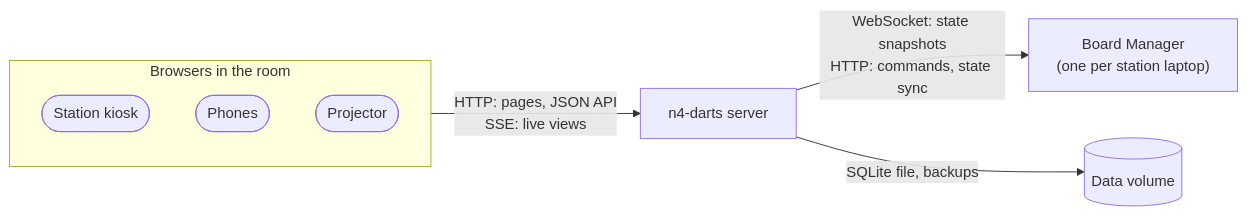
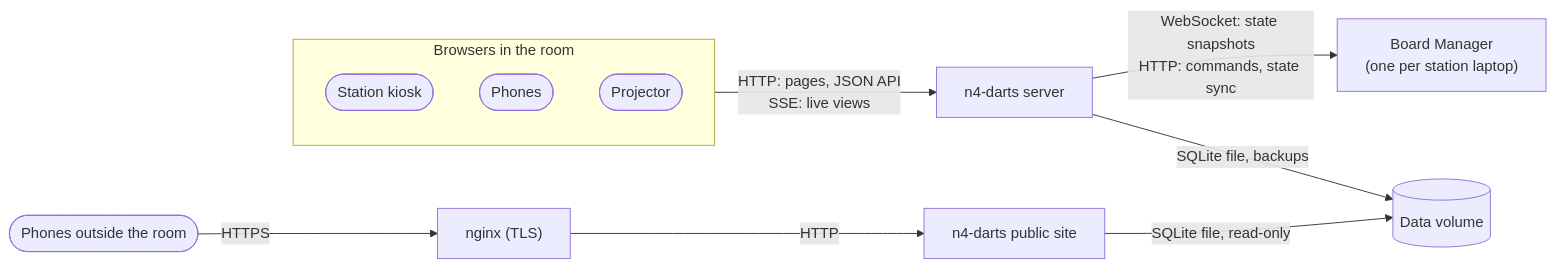
The second of 2 diagrams in docs/architecture/03-context-and-scope.md (sverbach/n4-darts), drawn with Mermaid before and after one commit. The commit also changed other lines of this file and 13 other files, not shown here.

Commit message:
Deploying the public site: compose service, nginx example, README, ADR 0008, architecture (public-stats 07)

````diff
--- a/docs/architecture/03-context-and-scope.md
+++ b/docs/architecture/03-context-and-scope.md
@@ -41,15 +41,20 @@
 ```mermaid
 flowchart LR
     subgraph browsers["Browsers in the room"]
         kiosk(["Station kiosk"])
         phone(["Phones"])
         projector(["Projector"])
     end
     n4["n4-darts server"]
     bm["Board Manager<br/>(one per station laptop)"]
     vol[("Data volume")]
+    outside(["Phones outside the room"])
+    nginx["nginx (TLS)"]
+    pub["n4-darts public site"]
 
     browsers -- "HTTP: pages, JSON API<br/>SSE: live views" --> n4
     n4 -- "WebSocket: state snapshots<br/>HTTP: commands, state sync" --> bm
     n4 -- "SQLite file, backups" --> vol
+    outside -- "HTTPS" --> nginx -- "HTTP" --> pub
+    pub -- "SQLite file, read-only" --> vol
 ```
````
